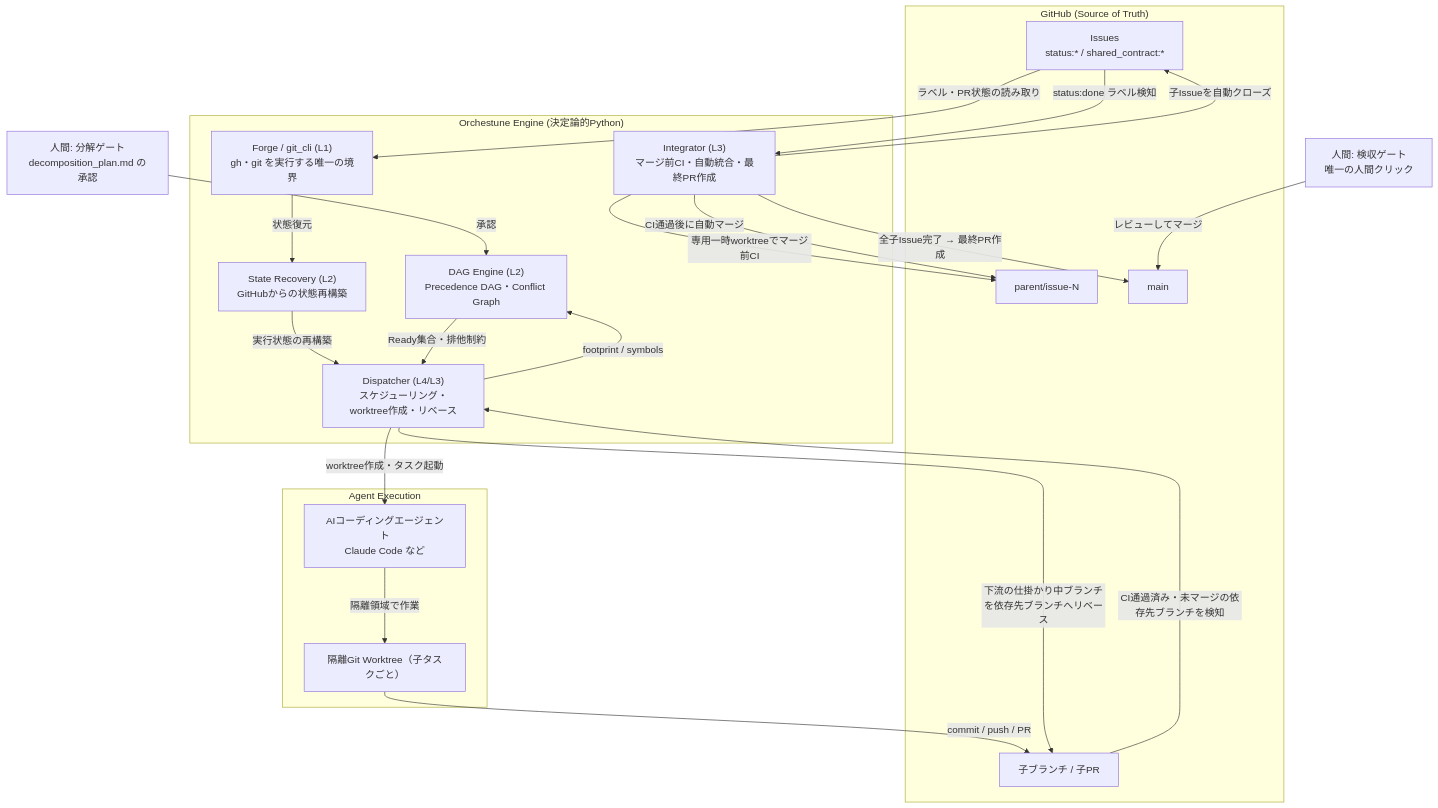
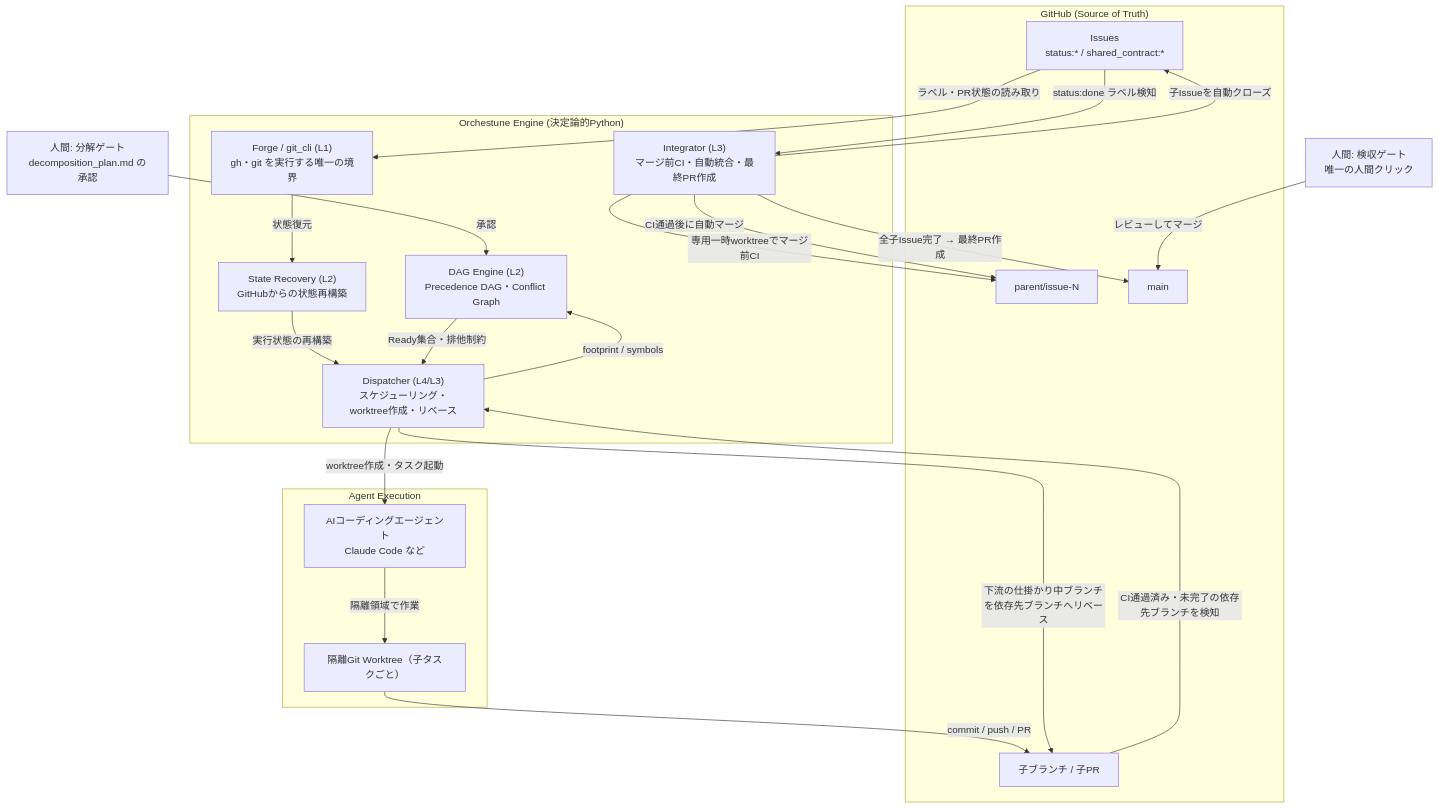
The diagram in docs/ja/architecture.md (Saltmu/orchestune), drawn with Mermaid before and after one commit. The commit also changed other lines of this file and 3 other files, not shown here.

First line of the commit message:
docs(architecture): tie stack-target loss to effective completion, not the merge (#910)

````diff
--- a/docs/ja/architecture.md
+++ b/docs/ja/architecture.md
@@ -11,43 +11,43 @@
 ```mermaid
 graph TD
     HU1["人間: 分解ゲート<br/>decomposition_plan.md の承認"]
     HU2["人間: 検収ゲート<br/>唯一の人間クリック"]
 
     subgraph GH ["GitHub (Source of Truth)"]
         GI["Issues<br/>status:* / shared_contract:*"]
         GP["子ブランチ / 子PR"]
         PB["parent/issue-N"]
         MB["main"]
     end
 
     subgraph ENG ["Orchestune Engine (決定論的Python)"]
         L1["Forge / git_cli (L1)<br/>gh・git を実行する唯一の境界"]
         REC["State Recovery (L2)<br/>GitHubからの状態再構築"]
         DAG["DAG Engine (L2)<br/>Precedence DAG・Conflict Graph"]
         DP["Dispatcher (L4/L3)<br/>スケジューリング・worktree作成・リベース"]
         IG["Integrator (L3)<br/>マージ前CI・自動統合・最終PR作成"]
     end
 
     subgraph EX ["Agent Execution"]
         WT["隔離Git Worktree（子タスクごと）"]
         AG["AIコーディングエージェント<br/>Claude Code など"]
     end
 
     HU1 -->|承認| DAG
     GI -->|ラベル・PR状態の読み取り| L1
     L1 -->|状態復元| REC
     REC -->|実行状態の再構築| DP
     DAG -->|Ready集合・排他制約| DP
     DP -->|footprint / symbols| DAG
     DP -->|worktree作成・タスク起動| AG
     AG -->|隔離領域で作業| WT
     WT -->|commit / push / PR| GP
     GI -->|status:done ラベル検知| IG
     IG -->|専用一時worktreeでマージ前CI| PB
     IG -->|CI通過後に自動マージ| PB
     IG -->|子Issueを自動クローズ| GI
-    GP -->|CI通過済み・未マージの依存先ブランチを検知| DP
+    GP -->|CI通過済み・未完了の依存先ブランチを検知| DP
     DP -->|下流の仕掛かり中ブランチを依存先ブランチへリベース| GP
     IG -->|全子Issue完了 → 最終PR作成| MB
     HU2 -->|レビューしてマージ| MB
 ```
````
